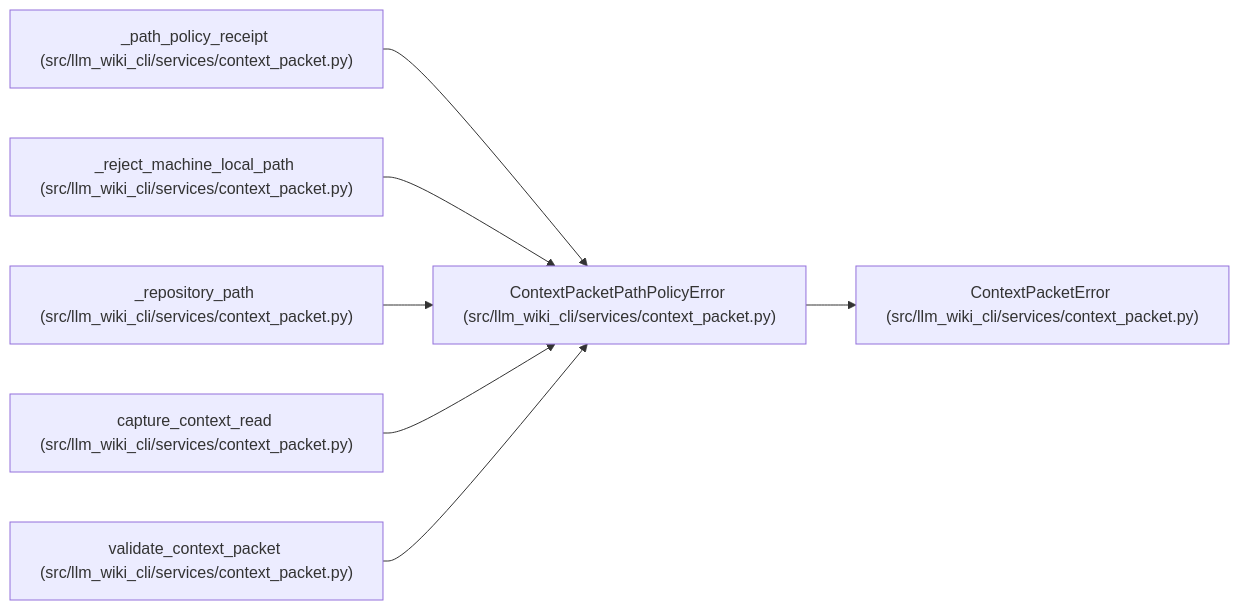
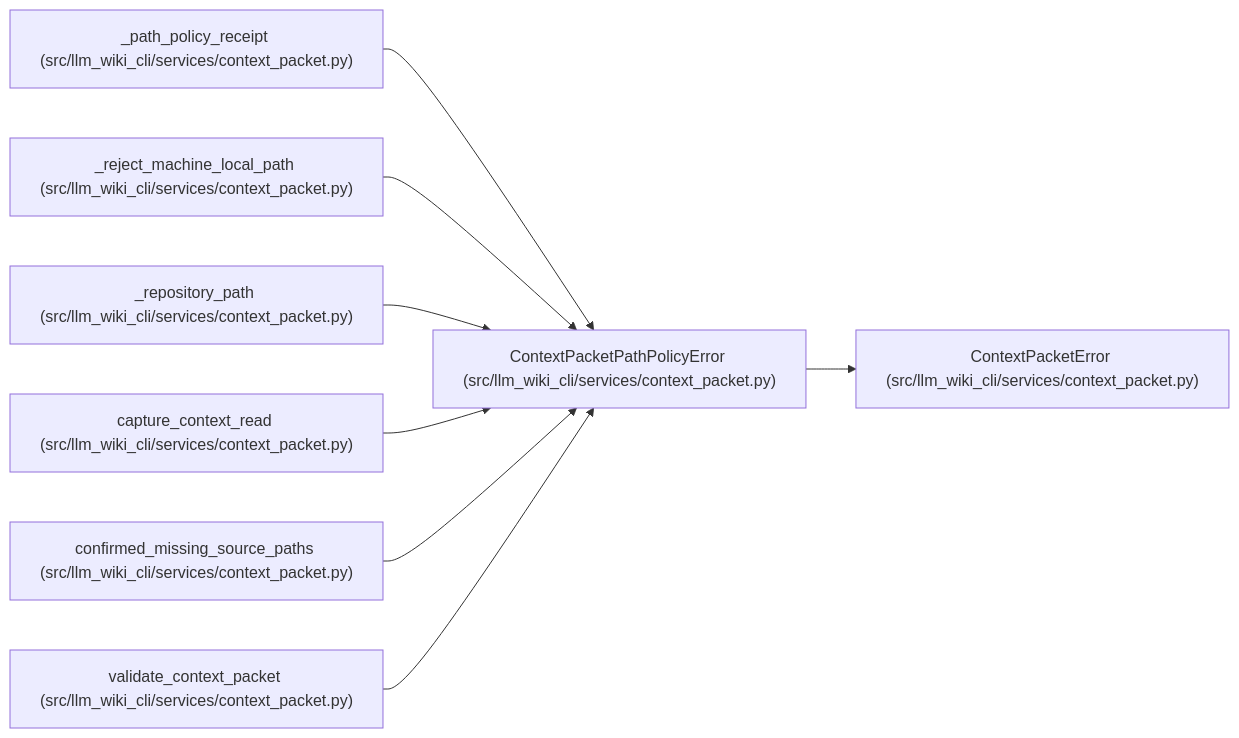
Before and after one commit to Denissvgn/python-wiki-llm: the diagram in docs/llm_wiki/entities/ContextPacketPathPolicyError.md, drawn with Mermaid. The commit also changed other lines of this file and 1410 other files, not shown here.

First line of the commit message:
Add source-grounded task guides and re-anchor the maintained wiki

````diff
--- a/docs/llm_wiki/entities/ContextPacketPathPolicyError.md
+++ b/docs/llm_wiki/entities/ContextPacketPathPolicyError.md
@@ -25,23 +25,26 @@
 ```mermaid
 flowchart LR
     n0["ContextPacketPathPolicyError (src/llm_wiki_cli/services/context_packet.py)"]
     n1["ContextPacketError (src/llm_wiki_cli/services/context_packet.py)"]
     n2["_path_policy_receipt (src/llm_wiki_cli/services/context_packet.py)"]
     n3["_reject_machine_local_path (src/llm_wiki_cli/services/context_packet.py)"]
     n4["_repository_path (src/llm_wiki_cli/services/context_packet.py)"]
     n5["capture_context_read (src/llm_wiki_cli/services/context_packet.py)"]
-    n6["validate_context_packet (src/llm_wiki_cli/services/context_packet.py)"]
+    n6["confirmed_missing_source_paths (src/llm_wiki_cli/services/context_packet.py)"]
+    n7["validate_context_packet (src/llm_wiki_cli/services/context_packet.py)"]
     n0 --> n1
     n2 --> n0
     n3 --> n0
     n4 --> n0
     n5 --> n0
     n6 --> n0
+    n7 --> n0
     click n0 "../modules/context_packet.md"
     click n1 "../modules/context_packet.md"
     click n2 "../modules/context_packet.md"
     click n3 "../modules/context_packet.md"
     click n4 "../modules/context_packet.md"
     click n5 "../modules/context_packet.md"
     click n6 "../modules/context_packet.md"
+    click n7 "../modules/context_packet.md"
 ```
````
